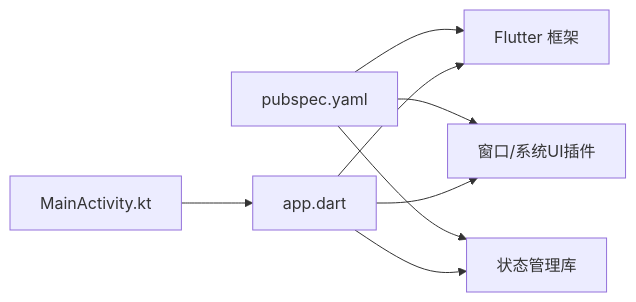
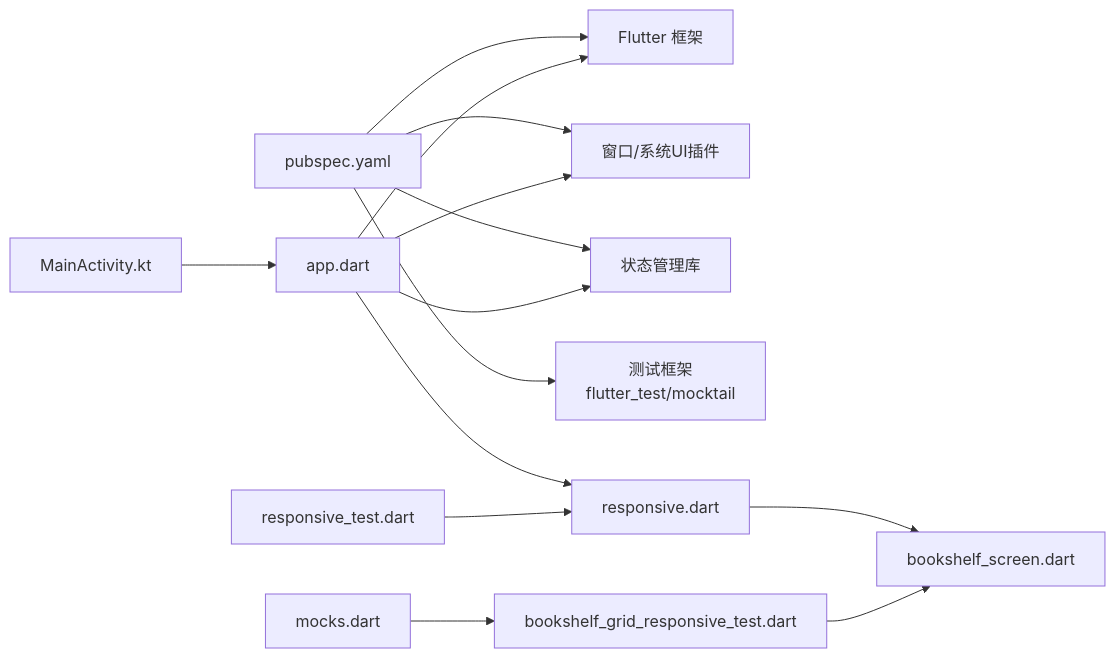
Before and after one commit to ZhangGHGitHub/LegadoTeamFlutter: the fourth of 4 diagrams in .qoder/repowiki/zh/content/Flutter跨平台应用/UI组件系统/响应式布局.md, drawn with Mermaid. The commit also changed other lines of this file and 173 other files, not shown here.

````diff
--- a/.qoder/repowiki/zh/content/Flutter跨平台应用/UI组件系统/响应式布局.md
+++ b/.qoder/repowiki/zh/content/Flutter跨平台应用/UI组件系统/响应式布局.md
@@ -197,10 +307,16 @@
 ```mermaid
 graph LR
 P["pubspec.yaml"] --> F["Flutter 框架"]
 P --> W["窗口/系统UI插件"]
 P --> S["状态管理库"]
+P --> T["测试框架<br/>flutter_test/mocktail"]
 A["app.dart"] --> F
 A --> W
 A --> S
+A --> R["responsive.dart"]
+R --> B["bookshelf_screen.dart"]
 AM["MainActivity.kt"] --> A
+UT["responsive_test.dart"] --> R
+WT["bookshelf_grid_responsive_test.dart"] --> B
+TM["mocks.dart"] --> WT
 ```
````
